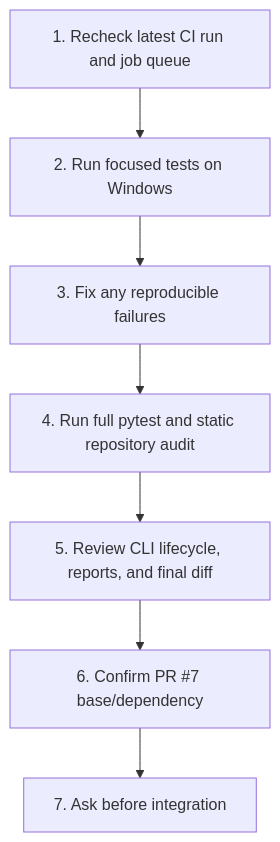
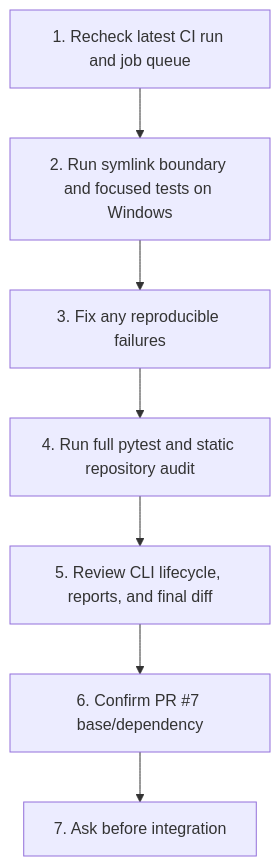
Before and after one commit to deathkernel/TARA: the sixth of 7 diagrams in README.md, drawn with Mermaid. The commit also changed other lines of this file, not shown here.

Commit message:
docs: record symlink context boundary hardening

````diff
--- a/README.md
+++ b/README.md
@@ -131,9 +131,9 @@
 ```mermaid
 flowchart TD
-    N1[1. Recheck latest CI run and job queue] --> N2[2. Run focused tests on Windows]
+    N1[1. Recheck latest CI run and job queue] --> N2[2. Run symlink boundary and focused tests on Windows]
     N2 --> N3[3. Fix any reproducible failures]
     N3 --> N4[4. Run full pytest and static repository audit]
     N4 --> N5[5. Review CLI lifecycle, reports, and final diff]
     N5 --> N6[6. Confirm PR #7 base/dependency]
     N6 --> N7[7. Ask before integration]
 ```
````
